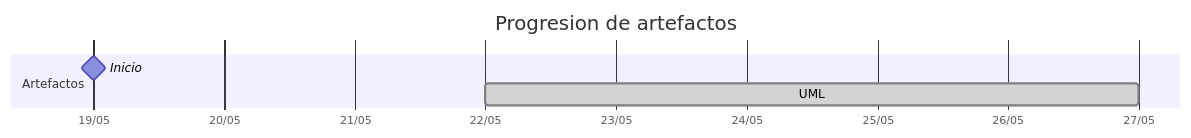
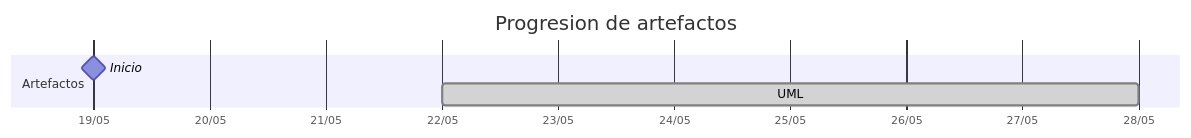
Before and after one commit to carlos-alvarado-25/25-26-idsw2-sdVC: the diagram in TIMELINES/31Diego.md, drawn with Mermaid. The commit also changed 12 other files, not shown here.

````diff
--- a/TIMELINES/31Diego.md
+++ b/TIMELINES/31Diego.md
@@ -15,9 +15,9 @@
 ```mermaid
 gantt
     title Progresion de artefactos
     dateFormat YYYY-MM-DD
     axisFormat %d/%m
     section Artefactos
         Inicio       :milestone, 2026-05-19, 0d
-        UML          :done, 2026-05-22, 2026-05-27
+        UML          :done, 2026-05-22, 2026-05-28
 ```
````
